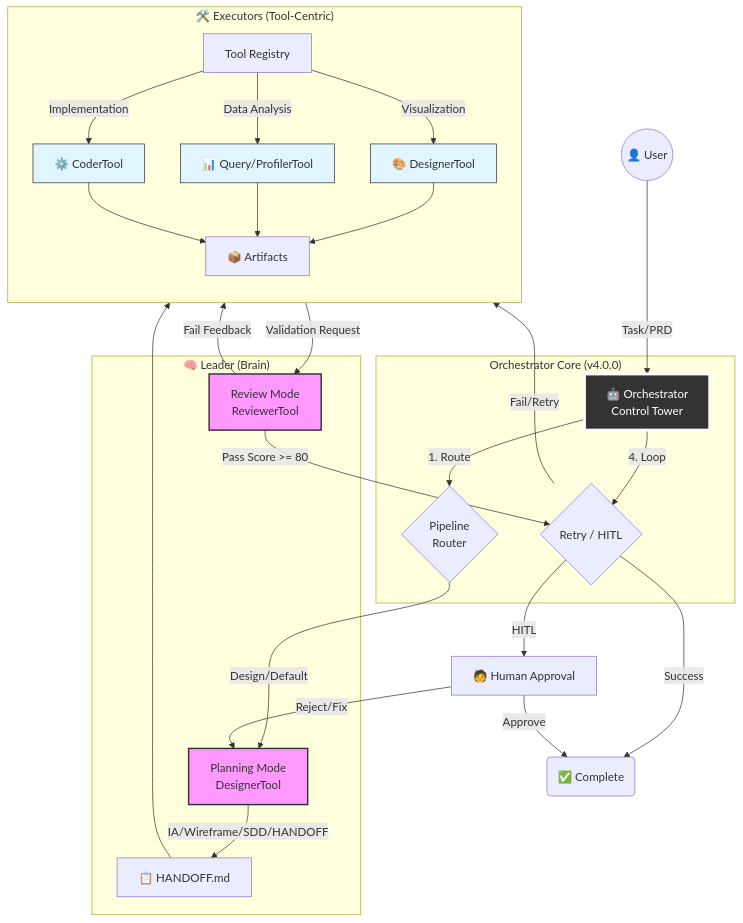
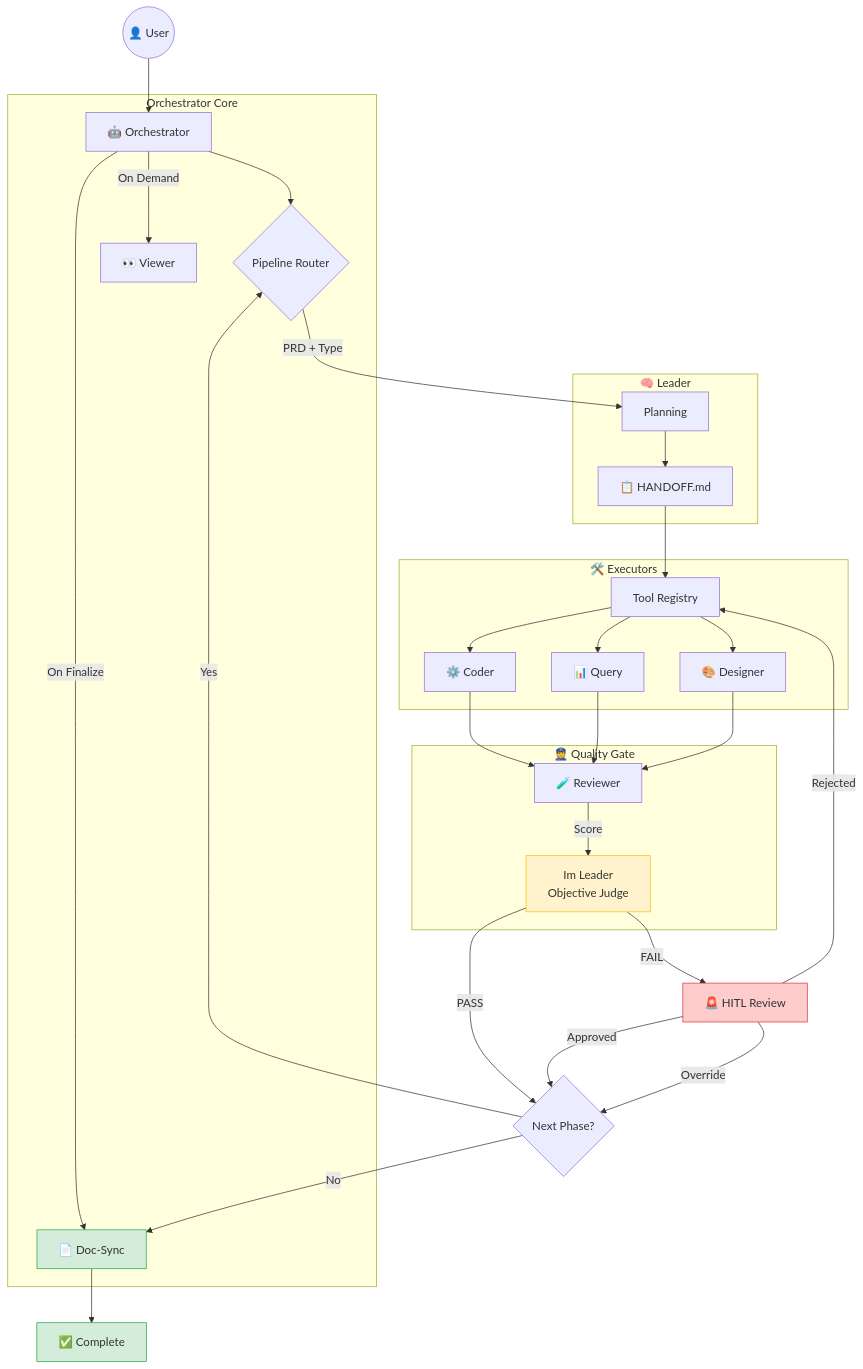
One commit to Jelly1104/orchestrator changed the fifth of 7 diagrams in ATO-System-B/.claude/README.md. Above: the diagram before and after it, drawn with Mermaid. The commit also changed other lines of this file and 150 other files, not shown here.

````diff
--- a/ATO-System-B/.claude/README.md
+++ b/ATO-System-B/.claude/README.md
@@ -318,49 +393,45 @@
 ```mermaid
 graph TD
-    User((👤 User)) -->|Task/PRD| ORC[🤖 Orchestrator<br/>Control Tower]
+    User((👤 User)) --> ORC[🤖 Orchestrator]
 
-    subgraph "Orchestrator Core (v4.0.0)"
-        ORC -->|1. Route| Router{Pipeline<br/>Router}
-        ORC -->|4. Loop| LoopCheck{Retry / HITL}
+    subgraph "Orchestrator Core"
+        ORC --> Router{Pipeline Router}
+        ORC --> |On Demand|Viewer[👀 Viewer]
+        ORC --> |On Finalize|DocSync[📄 Doc-Sync]
     end
 
-    subgraph "🧠 Leader (Brain)"
-        L_Plan[Planning Mode<br/>DesignerTool]
-        L_Review[Review Mode<br/>ReviewerTool]
-
-        Router -->|Design/Default| L_Plan
-        L_Plan -->|IA/Wireframe/SDD/HANDOFF| Handoff[📋 HANDOFF.md]
+    subgraph "🧠 Leader"
+        Router -->|PRD + Type| L_Plan[Planning]
+        L_Plan --> Handoff[📋 HANDOFF.md]
     end
 
-    subgraph "🛠️ Executors (Tool-Centric)"
-        direction TB
-
+    subgraph "🛠️ Executors"
         Handoff --> Registry[Tool Registry]
-
-        Registry -->|Implementation| Code[⚙️ CoderTool]
-        Registry -->|Data Analysis| Analysis[📊 Query/ProfilerTool]
-        Registry -->|Visualization| Design[🎨 DesignerTool]
-
-        Code --> Output[📦 Artifacts]
-        Analysis --> Output
-        Design --> Output
+        Registry --> Code[⚙️ Coder]
+        Registry --> Analysis[📊 Query]
+        Registry --> Design[🎨 Designer]
     end
 
-    Output -->|Validation Request| L_Review
+    subgraph "👮 Quality Gate"
+        Code --> Review[🧪 Reviewer]
+        Analysis --> Review
+        Design --> Review
+        Review -->|Score| ImLeader[Im Leader<br/>Objective Judge]
+    end
 
-    L_Review -->|Pass Score >= 80| LoopCheck
-    L_Review -->|Fail Feedback| Code
+    ImLeader -->|PASS| PhaseCheck{Next Phase?}
+    ImLeader -->|FAIL| HITL[🚨 HITL Review]
 
-    LoopCheck -- Success --> Done(✅ Complete)
-    LoopCheck -- Fail/Retry --> Registry
-    LoopCheck -- HITL --> Human[🧑 Human Approval]
-    Human -->|Approve| Done
-    Human -->|Reject/Fix| L_Plan
+    PhaseCheck -->|Yes| Router
+    PhaseCheck -->|No| DocSync
+    DocSync --> Done[✅ Complete]
 
-    style ORC fill:#333,stroke:#fff,stroke-width:4px,color:#fff
-    style L_Plan fill:#f9f,stroke:#333,stroke-width:2px
-    style L_Review fill:#f9f,stroke:#333,stroke-width:2px
-    style Code fill:#e1f5fe,stroke:#333
-    style Analysis fill:#e1f5fe,stroke:#333
-    style Design fill:#e1f5fe,stroke:#333
+    HITL -->|Approved| PhaseCheck
+    HITL -->|Override| PhaseCheck
+    HITL -->|Rejected| Registry
+
+    style HITL fill:#ffcccc,stroke:#dc3545
+    style ImLeader fill:#fff3cd,stroke:#ffc107
+    style Done fill:#d4edda,stroke:#28a745
+    style DocSync fill:#d4edda,stroke:#28a745
 ```
````
